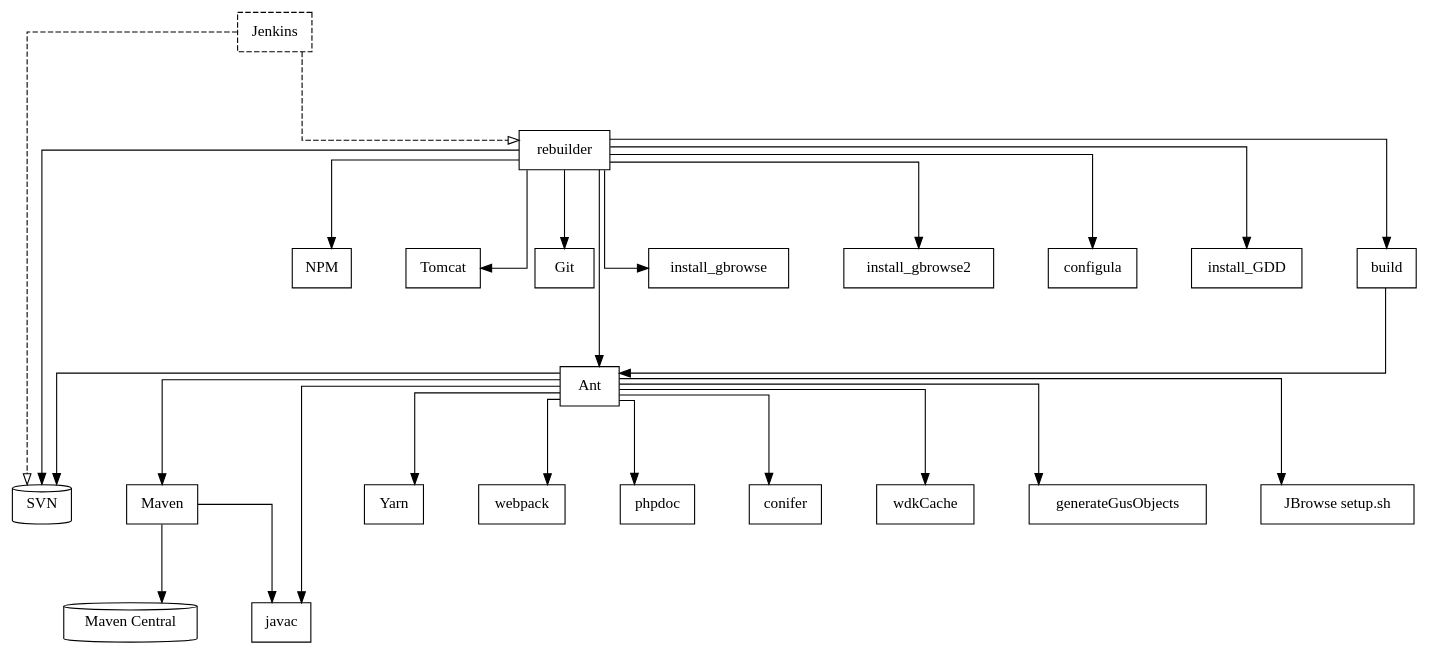
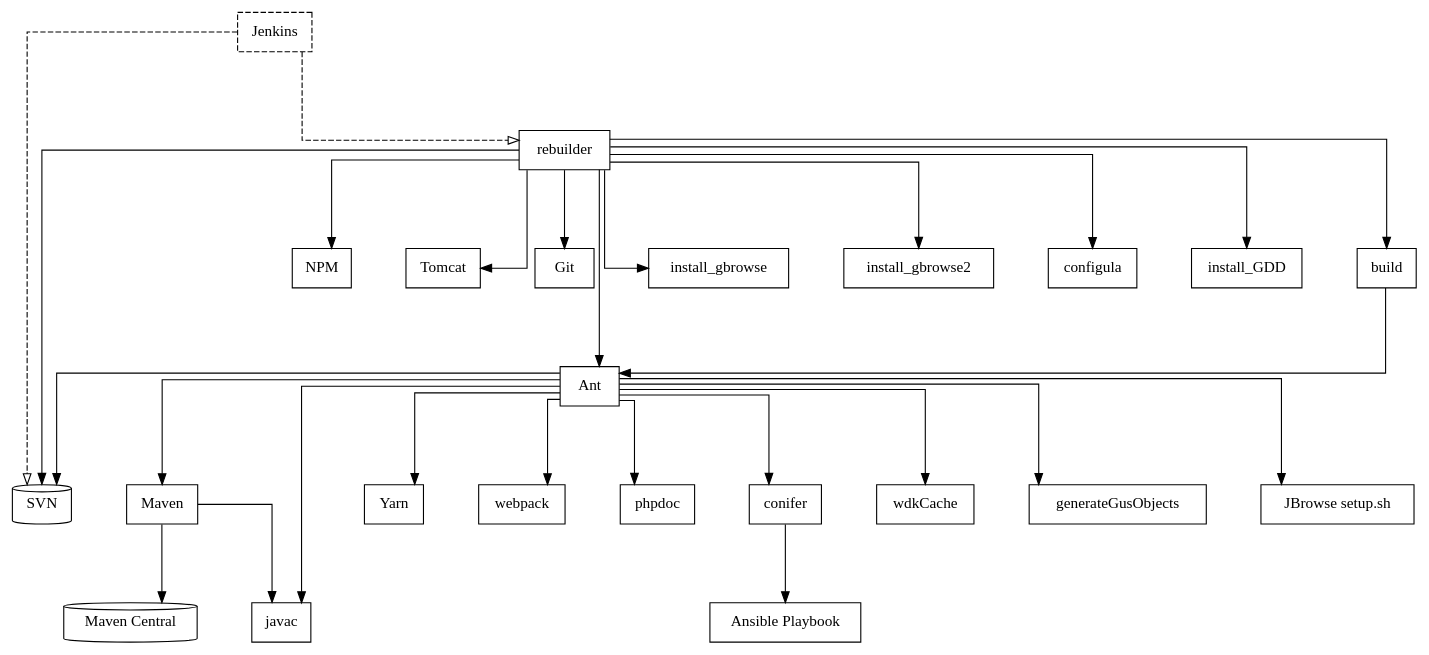
One commit to Foxcapades/EuPath-Build-Plan changed the diagram in res/dot/old-build.dot. Above: the diagram before and after it, drawn with Graphviz. The commit also changed 4 other files, not shown here.

```diff
--- a/res/dot/old-build.dot
+++ b/res/dot/old-build.dot
@@ -1,116 +1,123 @@
 digraph {
   node[shape=rect]
   splines=ortho
   ranksep=1
   nodesep=0.7
 
   //
   // Components
   //
 
   // Systems
   jenkins[label=Jenkins,style=dashed]
   mCentral[label="Maven Central",shape=cylinder]
   svn[label=SVN,shape=cylinder]
 
   // Tools
   maven[label="Maven"]
   ant[label=Ant]
   javac[label=javac]
   yarn[label="Yarn"]
   npm[label=NPM]
   webpack
   phpdoc
   tCat[label=Tomcat]
   git[label=Git]
+  anspl[label="Ansible Playbook"]
 
   // Scripts
   igb[label=install_gbrowse]
   igb2[label=install_gbrowse2]
   conf[label=configula]
   reb[label=rebuilder]
   conifer[label=conifer]
   wdkCache
   ggo[label=generateGusObjects]
   jbsh[label="JBrowse setup.sh"]
   igdd[label=install_GDD]
   build
   
   //
   // Layout
   //
 
   // Grid
   {
     // C000
     // H001
     // H002
     // H003
     // H004
     // H005
     // H006
     // H007
     // H008
 
     // V001
     // V002
     // V003
     // V004
     // V005
     // { rank=same C000->H001->H002->H003->H004->H005->H006->H007->H008 }
     // { C000->V001->V002->V003->V004->V005 }
   }
 
   // Order Fixing
   {
     // edge[style=invis]
     // H1->H2->R
     // H1->V->D
     // H2->M
     // J->Y
   }
 
   //
   // Connections
   //
 
   // Jenkins
   jenkins->svn[style=dashed,arrowhead=empty]
   jenkins->reb[style=dashed,arrowhead=empty]
 
 
   // Rebuilder
   reb->git
   reb->tCat
   reb->svn
   reb->npm
   reb->ant
   reb->conf
   reb->igb
   reb->igb2
   reb->igdd
   reb->build
 
 
   // build / bld / build.pl
   build->ant
 
 
   // Ant
   ant->svn
   ant->maven
   ant->yarn
   ant->ggo
   ant->javac
   ant->conifer
   ant->wdkCache
   ant->webpack
   ant->phpdoc
   ant->jbsh
 
+
+  // Conifer
+  conifer->anspl
+
+
   // Maven
   maven->mCentral
   maven->javac
 
+
   // Yarn
 }
```
